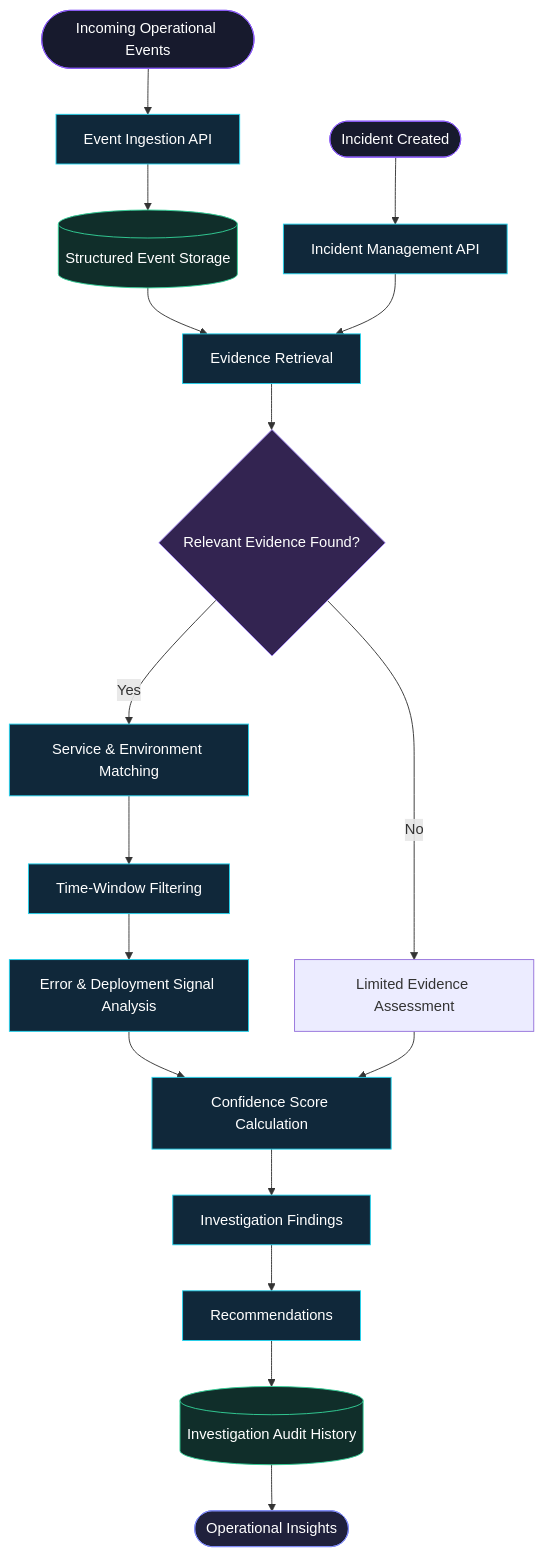
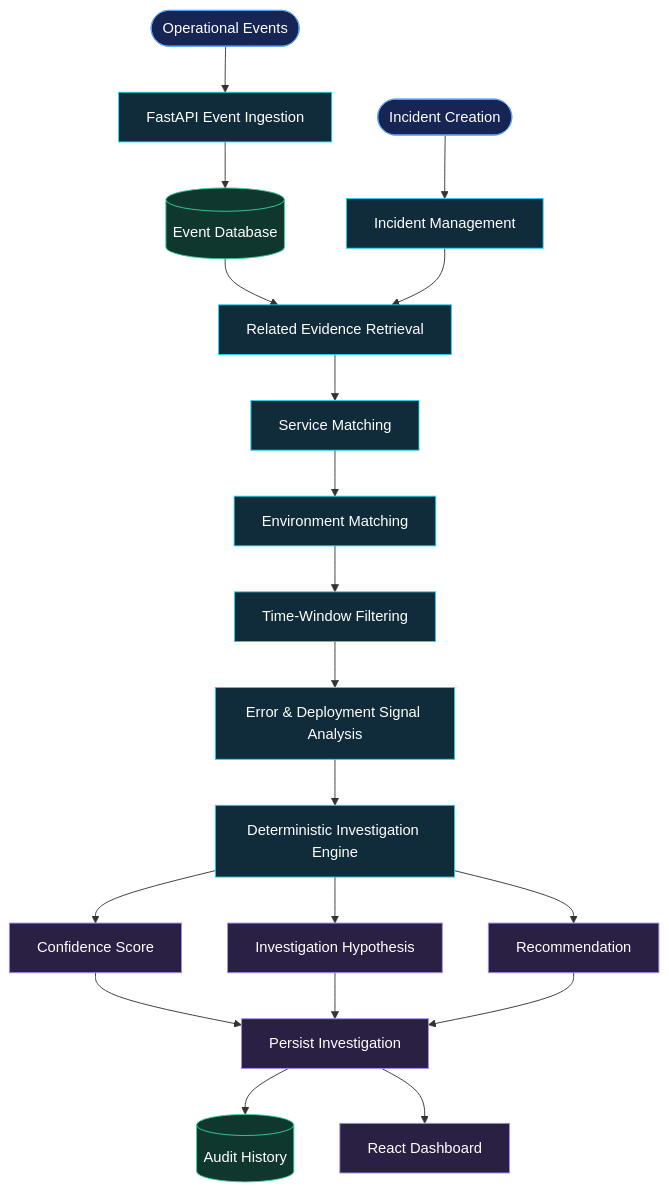
Before and after one commit to akankshad1712/opspilot-ai: the first of 5 diagrams in README.md, drawn with Mermaid. The commit also changed other lines of this file, not shown here.

````diff
--- a/README.md
+++ b/README.md
@@ -134,39 +118,39 @@
 ```mermaid
 flowchart TD
-    A(["Incoming Operational Events"]) --> B["Event Ingestion API"]
-    B --> C[("Structured Event Storage")]
+    A(["Operational Events"]) --> B["FastAPI Event Ingestion"]
+    B --> C[("Event Database")]
 
-    D(["Incident Created"]) --> E["Incident Management API"]
+    D(["Incident Creation"]) --> E["Incident Management"]
 
-    C --> F["Evidence Retrieval"]
+    C --> F["Related Evidence Retrieval"]
     E --> F
 
-    F --> G{"Relevant Evidence Found?"}
+    F --> G["Service Matching"]
+    G --> H["Environment Matching"]
+    H --> I["Time-Window Filtering"]
 
-    G -->|"Yes"| H["Service & Environment Matching"]
-    H --> I["Time-Window Filtering"]
     I --> J["Error & Deployment Signal Analysis"]
 
-    G -->|"No"| K["Limited Evidence Assessment"]
+    J --> K["Deterministic Investigation Engine"]
 
-    J --> L["Confidence Score Calculation"]
-    K --> L
+    K --> L["Confidence Score"]
+    K --> M["Investigation Hypothesis"]
+    K --> N["Recommendation"]
 
-    L --> M["Investigation Findings"]
-    M --> N["Recommendations"]
-    N --> O[("Investigation Audit History")]
+    L --> O["Persist Investigation"]
+    M --> O
+    N --> O
 
-    O --> P(["Operational Insights"])
+    O --> P[("Audit History")]
+    O --> Q["React Dashboard"]
 
-    classDef input fill:#171A2D,stroke:#8B5CF6,color:#FFFFFF
-    classDef process fill:#10283A,stroke:#22D3EE,color:#FFFFFF
-    classDef decision fill:#332451,stroke:#A78BFA,color:#FFFFFF
-    classDef storage fill:#102E2A,stroke:#34D399,color:#FFFFFF
-    classDef output fill:#20213C,stroke:#818CF8,color:#FFFFFF
+    classDef source fill:#172554,stroke:#60A5FA,color:#FFFFFF
+    classDef process fill:#102C3B,stroke:#22D3EE,color:#FFFFFF
+    classDef storage fill:#10372E,stroke:#34D399,color:#FFFFFF
+    classDef output fill:#292044,stroke:#A78BFA,color:#FFFFFF
 
-    class A,D input
-    class B,E,F,H,I,J,L,M,N process
-    class G decision
-    class C,O storage
-    class P output
+    class A,D source
+    class B,E,F,G,H,I,J,K process
+    class C,P storage
+    class L,M,N,O,Q output
 ```
````
